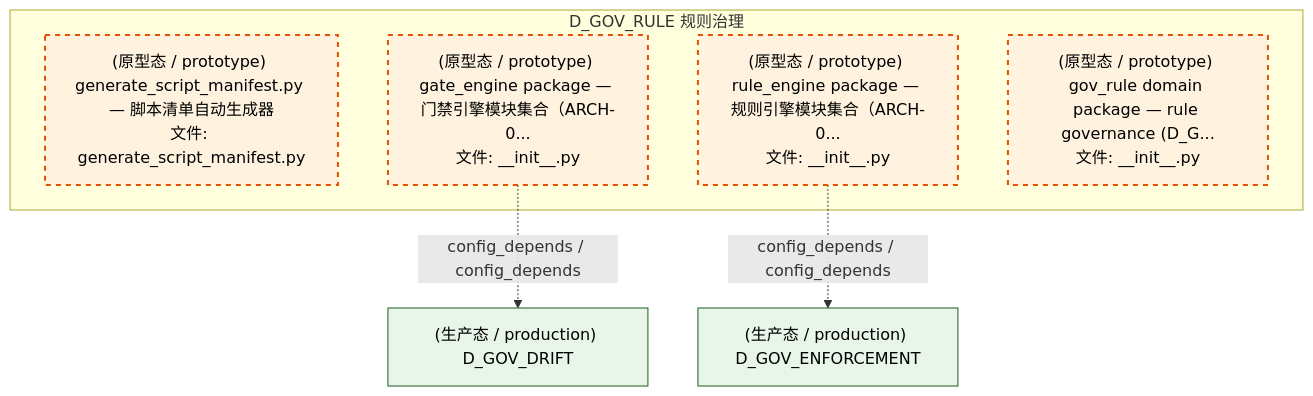
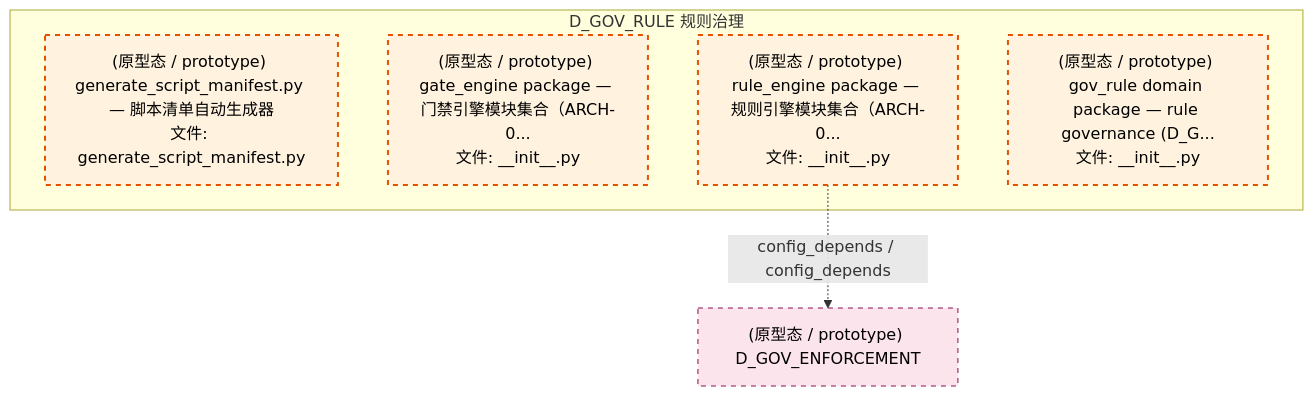
The fourth of 5 diagrams in docs/02_enterprise_architecture/02_domain_architecture_docs/45_d_gov_rule.md (xuanFelixVan/ZephyrAlpha), drawn with Mermaid before and after one commit. The commit also changed other lines of this file and 99 other files, not shown here.

````diff
--- a/docs/02_enterprise_architecture/02_domain_architecture_docs/45_d_gov_rule.md
+++ b/docs/02_enterprise_architecture/02_domain_architecture_docs/45_d_gov_rule.md
@@ -345,19 +347,17 @@
 ```mermaid
 graph TD
     subgraph D_GOV_RULE["D_GOV_RULE 规则治理"]
         scripts_governance_generators_generate_script_manifest_py["(原型态 / prototype) generate_script_manifest.py — 脚本清单自动生成器<br/>文件: generate_script_manifest.py"]
         src_zephyr_gov_enforcement_rule_enforcement_gate_engine_init_py["(原型态 / prototype) gate_engine package — 门禁引擎模块集合（ARCH-0...<br/>文件: __init__.py"]
         src_zephyr_gov_enforcement_rule_enforcement_rule_engine_init_py["(原型态 / prototype) rule_engine package — 规则引擎模块集合（ARCH-0...<br/>文件: __init__.py"]
         src_zephyr_gov_rule_init_py["(原型态 / prototype) gov_rule domain package — rule governance (D_G...<br/>文件: __init__.py"]
     end
-    D_GOV_DRIFT["(生产态 / production) D_GOV_DRIFT"]
-    src_zephyr_gov_enforcement_rule_enforcement_gate_engine_init_py -.->|config_depends / config_depends| D_GOV_DRIFT
-    D_GOV_ENFORCEMENT["(生产态 / production) D_GOV_ENFORCEMENT"]
+    D_GOV_ENFORCEMENT["(原型态 / prototype) D_GOV_ENFORCEMENT"]
     src_zephyr_gov_enforcement_rule_enforcement_rule_engine_init_py -.->|config_depends / config_depends| D_GOV_ENFORCEMENT
     classDef production fill:#e1f5fe,stroke:#01579b,stroke-width:2px,color:#000
     classDef design fill:#fff3e0,stroke:#e65100,stroke-width:2px,color:#000,stroke-dasharray: 5 5
     classDef external_prod fill:#e8f5e9,stroke:#1b5e20,stroke-width:1px,color:#000
     classDef external_design fill:#fce4ec,stroke:#880e4f,stroke-width:1px,color:#000,stroke-dasharray: 5 5
     class scripts_governance_generators_generate_script_manifest_py,src_zephyr_gov_enforcement_rule_enforcement_gate_engine_init_py,src_zephyr_gov_enforcement_rule_enforcement_rule_engine_init_py,src_zephyr_gov_rule_init_py design
-    class D_GOV_DRIFT,D_GOV_ENFORCEMENT external_prod
+    class D_GOV_ENFORCEMENT external_design
 ```
````
